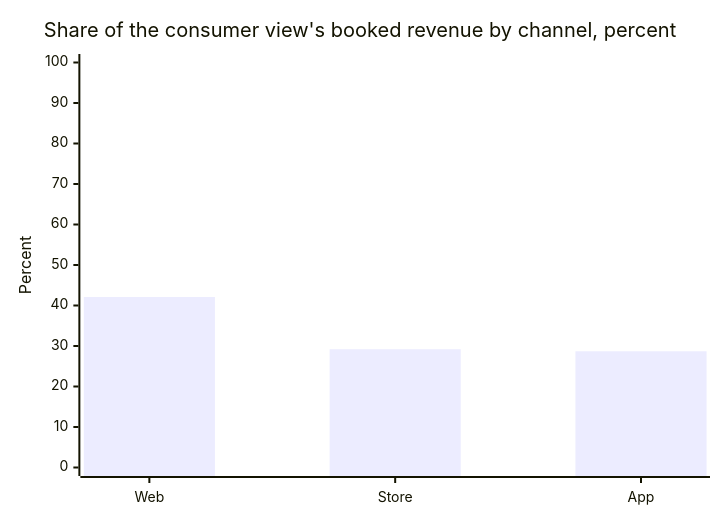
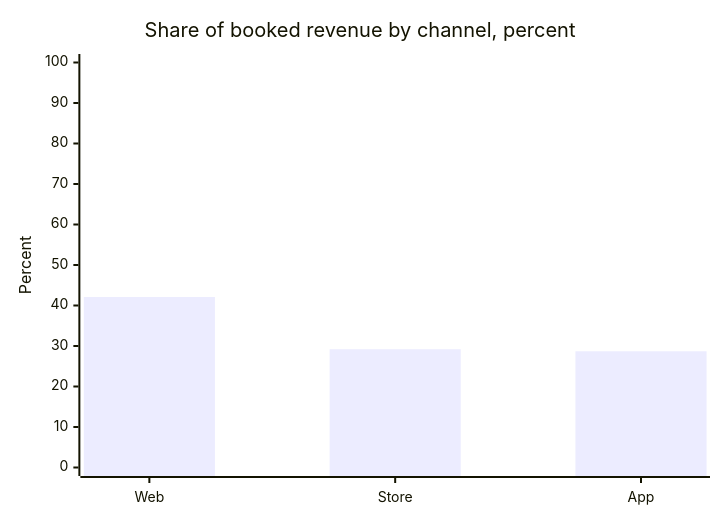
Before and after one commit to fde-academy-lab/c2-content-factory: diagram 16 of 20 in content/W01/D1/slides/C2_W01_D01_half2_STUDENT.md, drawn with Mermaid. The commit also changed other lines of this file and 3 other files, not shown here.

````diff
--- a/content/W01/D1/slides/C2_W01_D01_half2_STUDENT.md
+++ b/content/W01/D1/slides/C2_W01_D01_half2_STUDENT.md
@@ -926,7 +928,7 @@
 ```mermaid
 xychart-beta
-    title "Share of the consumer view's booked revenue by channel, percent"
+    title "Share of booked revenue by channel, percent"
     x-axis ["Web", "Store", "App"]
     y-axis "Percent" 0 --> 100
-    bar [42.1, 29.2, 28.7]
+    bar "three consumer segments" [42.1, 29.2, 28.7]
 ```
````
